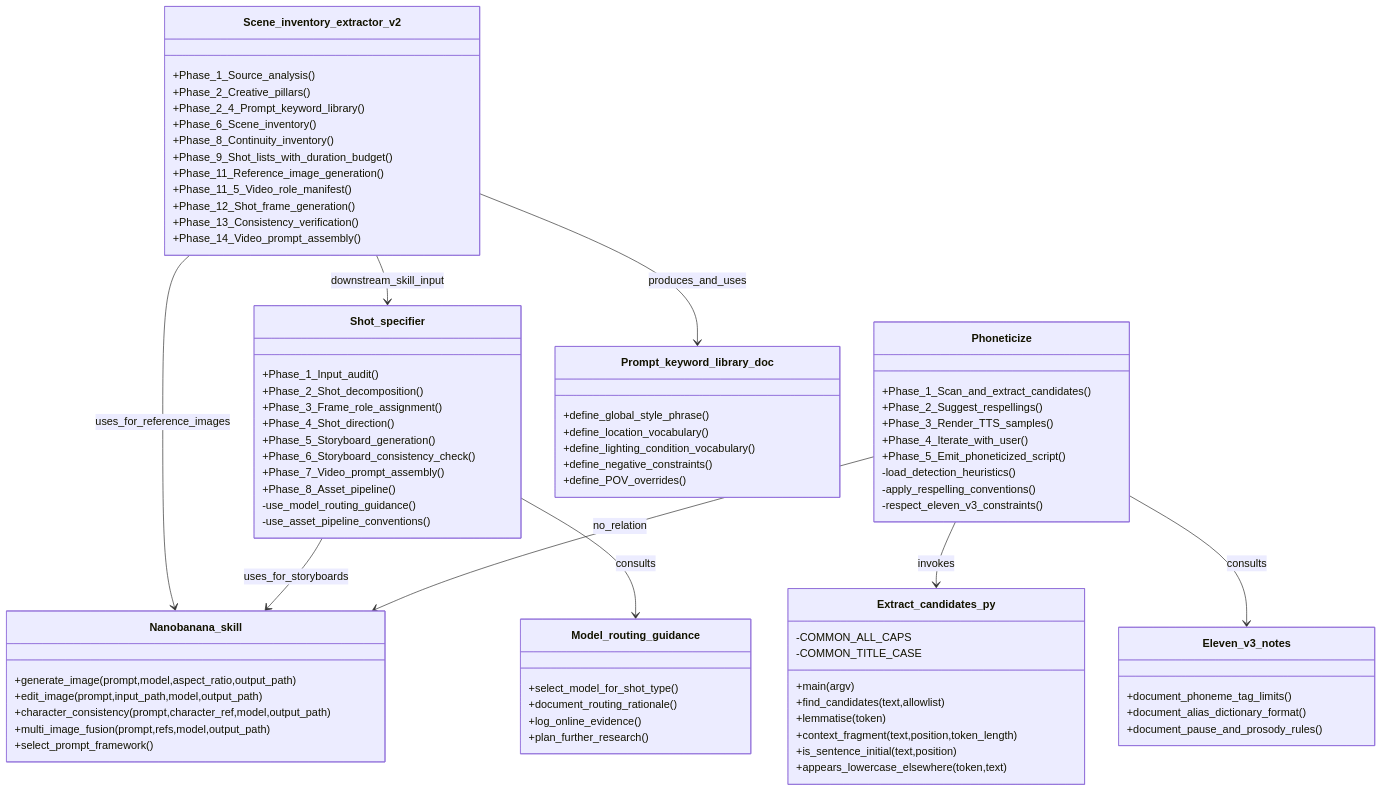
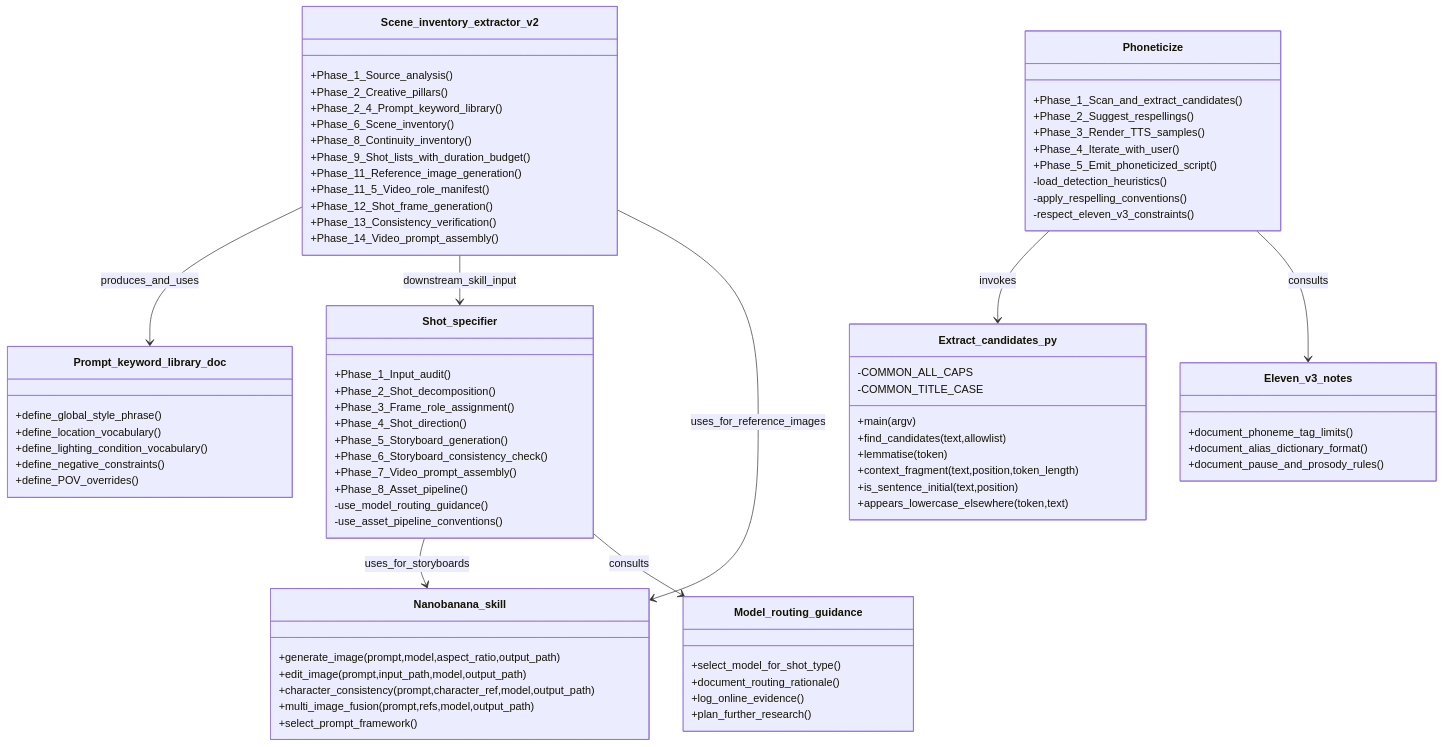
One commit to leynos/visual-storytelling-skills changed the second of 3 diagrams in docs/users-guide.md. Above: the diagram before and after it, drawn with Mermaid. The commit also changed other lines of this file, not shown here.

First line of the commit message:
Fix users guide skill relationship wording

````diff
--- a/docs/users-guide.md
+++ b/docs/users-guide.md
@@ -174,7 +174,6 @@
   Shot_specifier --> Model_routing_guidance : consults
 
   Phoneticize --> Extract_candidates_py : invokes
-  Phoneticize --> Nanobanana_skill : no_relation
 
   Phoneticize --> Eleven_v3_notes : consults
 ```
````
